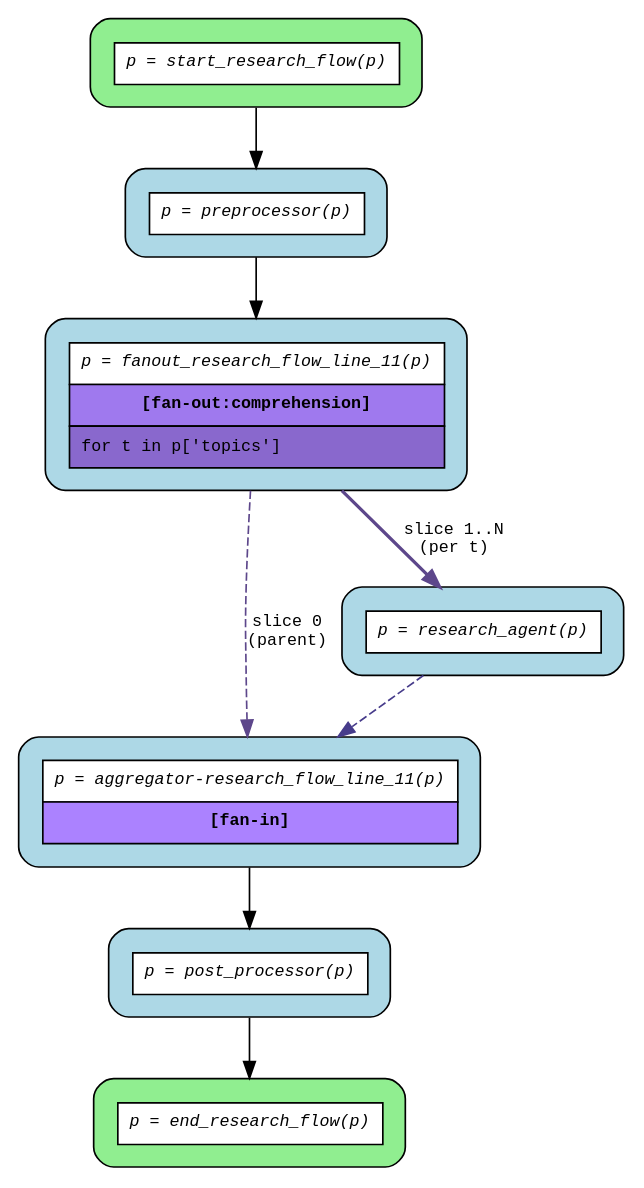
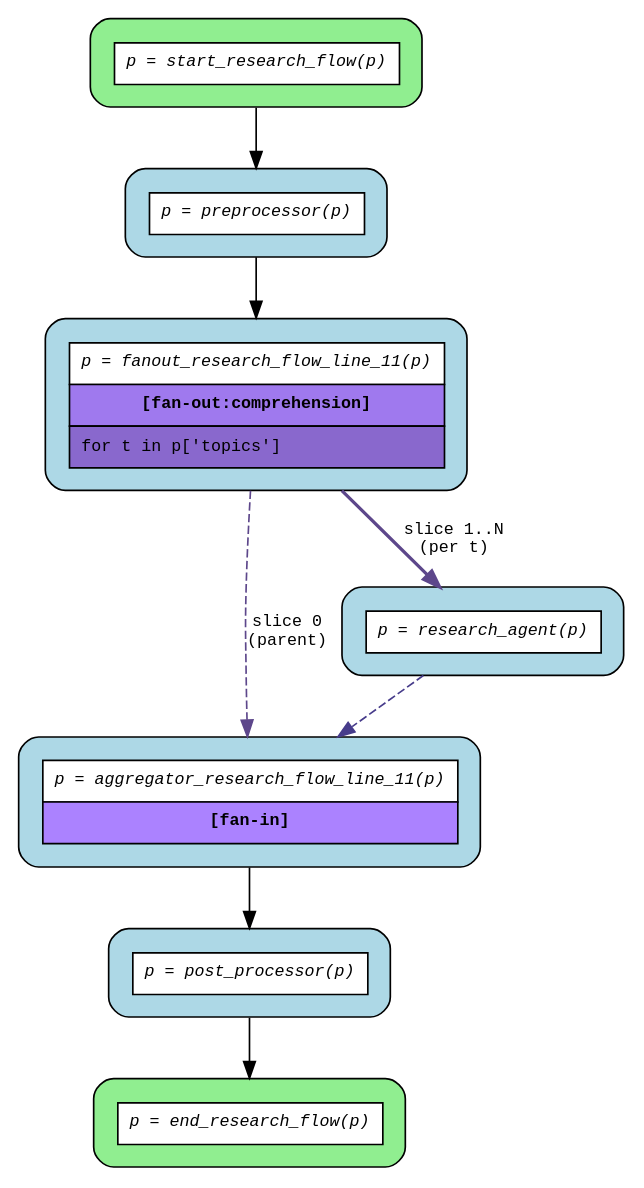
The diagram in examples/flows/compiled/fanout_comprehension/flow.dot (deliveryhero/asya), drawn with Graphviz before and after one commit. The commit also changed 21 other files, not shown here.

```diff
--- a/examples/flows/compiled/fanout_comprehension/flow.dot
+++ b/examples/flows/compiled/fanout_comprehension/flow.dot
@@ -1,22 +1,22 @@
 digraph flow {
   rankdir=TB;
   graph [fontname="Courier", fontsize=10];
   node [fontname="Courier", fontsize=10, shape=box, style="filled,rounded", margin="0.2"];
   edge [fontname="Courier", fontsize=10];
 
   start_research_flow [fillcolor="lightgreen", label=<<table border="0" cellspacing="0" cellpadding="6" cellborder="1"><tr><td bgcolor="white" align="center"><i>p = start_research_flow(p)</i></td></tr></table>>];
   fanout_research_flow_line_11 [fillcolor="lightblue", label=<<table border="0" cellspacing="0" cellpadding="6" cellborder="1"><tr><td bgcolor="white" align="center"><i>p = fanout_research_flow_line_11(p)</i></td></tr><tr><td bgcolor="mediumpurple2" align="center"><b>[fan-out:comprehension]</b></td></tr><tr><td bgcolor="mediumpurple3" align="left">for t in p['topics']</td></tr></table>>];
   end_research_flow [fillcolor="lightgreen", label=<<table border="0" cellspacing="0" cellpadding="6" cellborder="1"><tr><td bgcolor="white" align="center"><i>p = end_research_flow(p)</i></td></tr></table>>];
-  aggregator_research_flow_line_11 [fillcolor="lightblue", label=<<table border="0" cellspacing="0" cellpadding="6" cellborder="1"><tr><td bgcolor="white" align="center"><i>p = aggregator-research_flow_line_11(p)</i></td></tr><tr><td bgcolor="mediumpurple1" align="center"><b>[fan-in]</b></td></tr></table>>];
+  aggregator_research_flow_line_11 [fillcolor="lightblue", label=<<table border="0" cellspacing="0" cellpadding="6" cellborder="1"><tr><td bgcolor="white" align="center"><i>p = aggregator_research_flow_line_11(p)</i></td></tr><tr><td bgcolor="mediumpurple1" align="center"><b>[fan-in]</b></td></tr></table>>];
   post_processor [fillcolor="lightblue", label=<<table border="0" cellspacing="0" cellpadding="6" cellborder="1"><tr><td bgcolor="white" align="center"><i>p = post_processor(p)</i></td></tr></table>>];
   preprocessor [fillcolor="lightblue", label=<<table border="0" cellspacing="0" cellpadding="6" cellborder="1"><tr><td bgcolor="white" align="center"><i>p = preprocessor(p)</i></td></tr></table>>];
   research_agent [fillcolor="lightblue", label=<<table border="0" cellspacing="0" cellpadding="6" cellborder="1"><tr><td bgcolor="white" align="center"><i>p = research_agent(p)</i></td></tr></table>>];
 
   aggregator_research_flow_line_11 -> post_processor;
   fanout_research_flow_line_11 -> aggregator_research_flow_line_11 [color=mediumpurple4, label="slice 0\n(parent)", style=dashed];
   fanout_research_flow_line_11 -> research_agent [color=mediumpurple4, label="slice 1..N\n(per t)", style=bold];
   post_processor -> end_research_flow;
   preprocessor -> fanout_research_flow_line_11;
   research_agent -> aggregator_research_flow_line_11 [color=slateblue4, style=dashed];
   start_research_flow -> preprocessor;
 }
```
